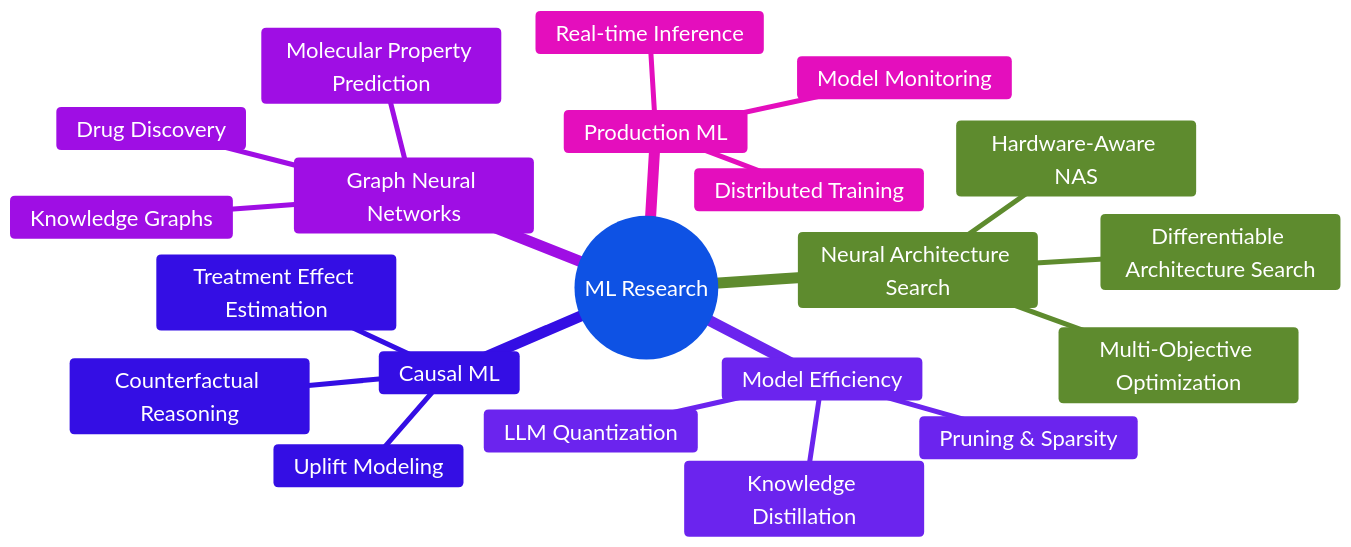
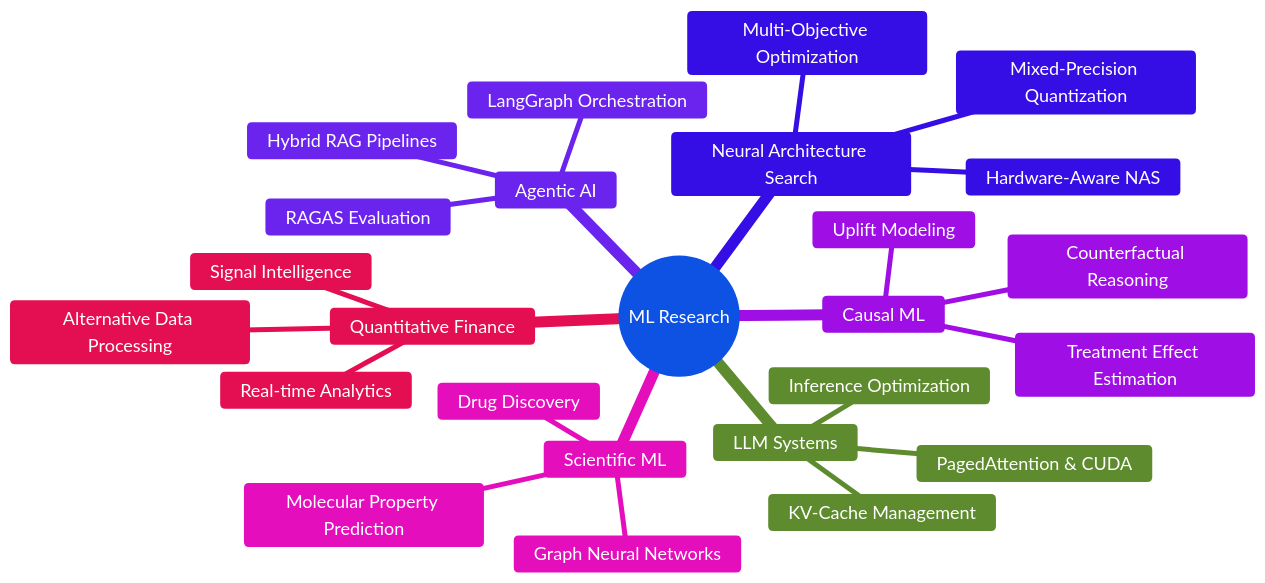
The diagram in README.md (BhargavKumarNath/BhargavKumarNath), drawn with Mermaid before and after one commit. The commit also changed other lines of this file, not shown here.

````diff
--- a/README.md
+++ b/README.md
@@ -539,36 +618,40 @@
 ```mermaid
 %%{init: {
   "theme": "base",
   "themeVariables": {
     "primaryColor": "#7aa2f7",
     "primaryTextColor": "#ffffff",
     "primaryBorderColor": "#7dcfff",
     "lineColor": "#e0af68",
     "secondaryColor": "#9ece6a",
     "tertiaryColor": "#bb9af7",
-    "fontSize": "22px"
+    "fontSize": "18px"
   }
 }}%%
 mindmap
   root((ML Research))
+    LLM Systems
+      PagedAttention & CUDA
+      Inference Optimization
+      KV-Cache Management
+    Agentic AI
+      LangGraph Orchestration
+      Hybrid RAG Pipelines
+      RAGAS Evaluation
     Neural Architecture Search
       Hardware-Aware NAS
-      Differentiable Architecture Search
+      Mixed-Precision Quantization
       Multi-Objective Optimization
-    Model Efficiency
-      LLM Quantization
-      Knowledge Distillation
-      Pruning & Sparsity
     Causal ML
       Uplift Modeling
       Treatment Effect Estimation
       Counterfactual Reasoning
-    Graph Neural Networks
+    Scientific ML
+      Graph Neural Networks
       Molecular Property Prediction
       Drug Discovery
-      Knowledge Graphs
-    Production ML
-      Real-time Inference
-      Distributed Training
-      Model Monitoring
+    Quantitative Finance
+      Signal Intelligence
+      Alternative Data Processing
+      Real-time Analytics
 ```
````
